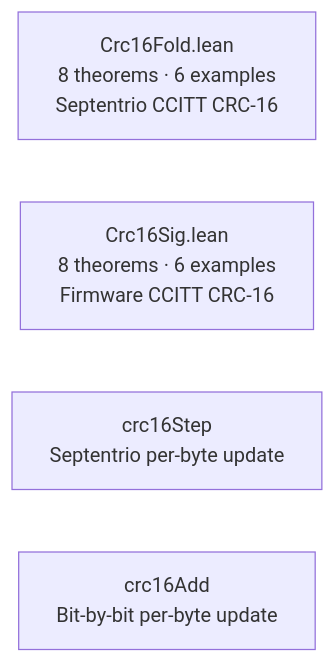
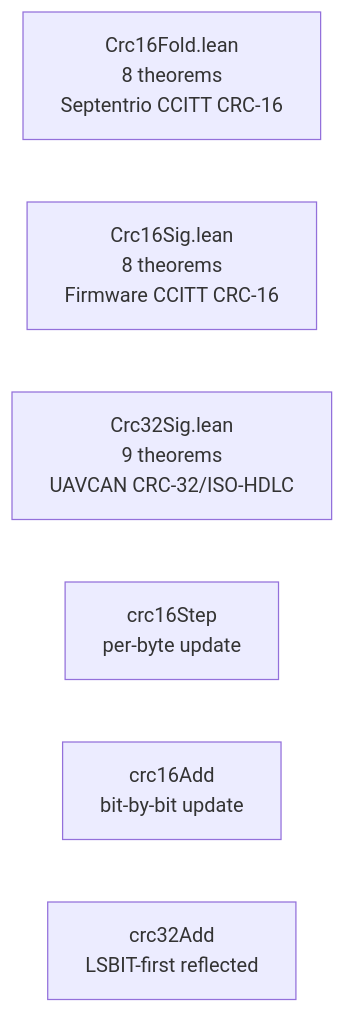
One commit to fsprojects/PX4-Autopilot changed the ninth of 15 diagrams in formal-verification/REPORT.md. Above: the diagram before and after it, drawn with Mermaid. The commit also changed other lines of this file and 4 other files, not shown here.

````diff
--- a/formal-verification/REPORT.md
+++ b/formal-verification/REPORT.md
@@ -263,7 +262,9 @@
 ```mermaid
 graph LR
-    CF["Crc16Fold.lean<br/>8 theorems · 6 examples<br/>Septentrio CCITT CRC-16"]
-    CS["Crc16Sig.lean<br/>8 theorems · 6 examples<br/>Firmware CCITT CRC-16"]
-    S1["crc16Step<br/>Septentrio per-byte update"]
-    S2["crc16Add<br/>Bit-by-bit per-byte update"]
+    CF["Crc16Fold.lean<br/>8 theorems<br/>Septentrio CCITT CRC-16"]
+    CS["Crc16Sig.lean<br/>8 theorems<br/>Firmware CCITT CRC-16"]
+    C32["Crc32Sig.lean<br/>9 theorems<br/>UAVCAN CRC-32/ISO-HDLC"]
+    S1["crc16Step<br/>per-byte update"]
+    S2["crc16Add<br/>bit-by-bit update"]
+    S3["crc32Add<br/>LSBIT-first reflected"]
 ```
````
